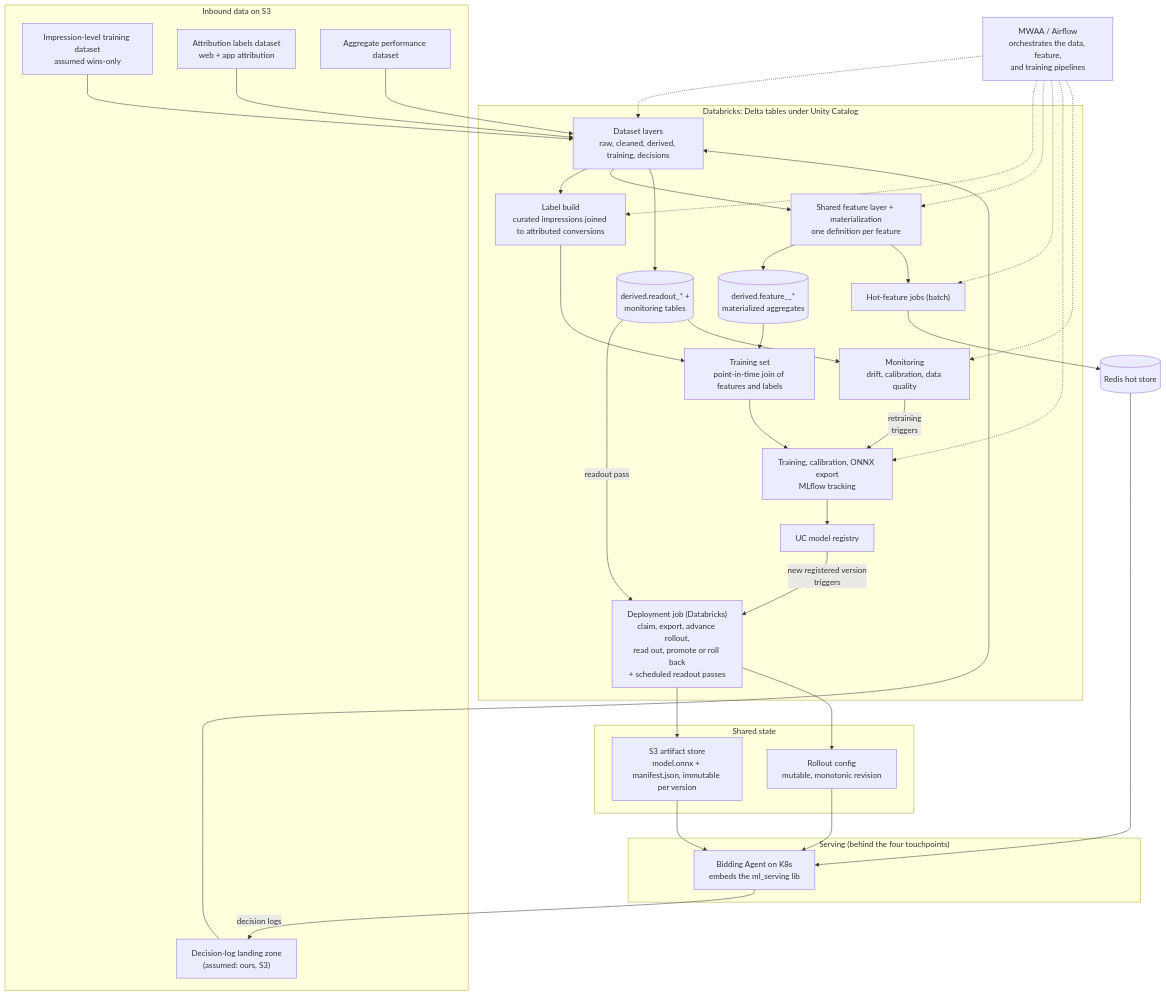
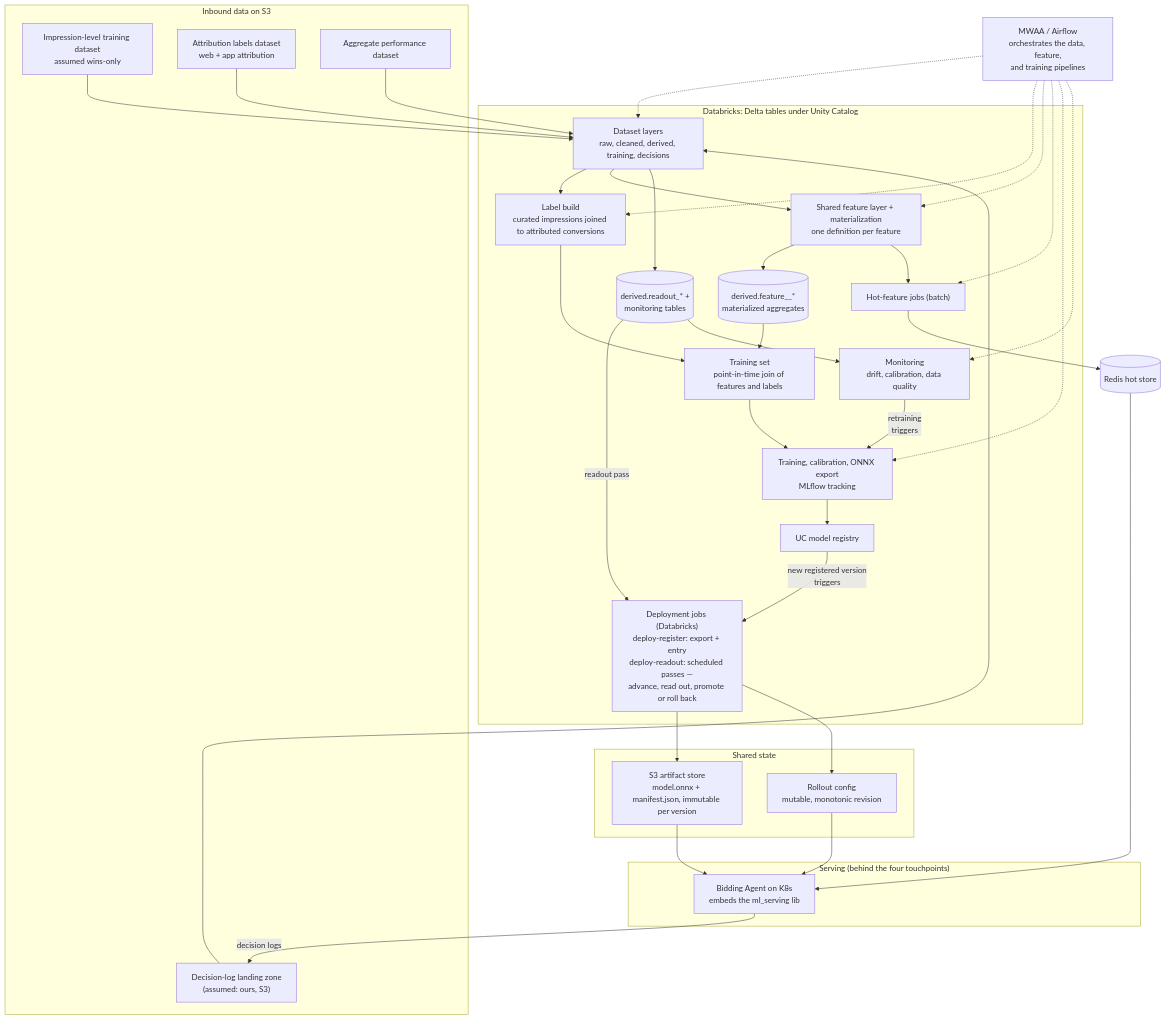
Before and after one commit to cunha-sigma/ml_offline: the diagram in design_docs/00_overview.md, drawn with Mermaid. The commit also changed other lines of this file and 11 other files, not shown here.

````diff
--- a/design_docs/00_overview.md
+++ b/design_docs/00_overview.md
@@ -36,67 +36,67 @@
 ```mermaid
 flowchart TB
   subgraph inputs["Inbound data on S3"]
     IMPR["Impression-level training dataset<br/>assumed wins-only"]
     ATTR["Attribution labels dataset<br/>web + app attribution"]
     PERF["Aggregate performance dataset"]
     DLOG["Decision-log landing zone<br/>(assumed: ours, S3)"]
   end
 
   subgraph dbx["Databricks: Delta tables under Unity Catalog"]
     RAW["Dataset layers<br/>raw, cleaned, derived, training, decisions"]
     LABEL["Label build<br/>curated impressions joined to attributed conversions"]
     FEAT["Shared feature layer + materialization<br/>one definition per feature"]
     TS["Training set<br/>point-in-time join of features and labels"]
     TRAIN["Training, calibration, ONNX export<br/>MLflow tracking"]
     REG["UC model registry"]
-    DEPLOYJOB["Deployment job (Databricks)<br/>claim, export, advance rollout,<br/>read out, promote or roll back<br/>+ scheduled readout passes"]
+    DEPLOYJOB["Deployment jobs (Databricks)<br/>deploy-register: export + entry<br/>deploy-readout: scheduled passes —<br/>advance, read out, promote or roll back"]
     HOTDAG["Hot-feature jobs (batch)"]
     FTAB[("derived.feature_<model>_*<br/>materialized aggregates")]
     ROUT[("derived.readout_* +<br/>monitoring tables")]
     MON["Monitoring<br/>drift, calibration, data quality"]
   end
 
   MWAA["MWAA / Airflow<br/>orchestrates the data, feature,<br/>and training pipelines"]
   REDIS[("Redis hot store")]
 
   subgraph shared["Shared state"]
     ART["S3 artifact store<br/>model.onnx + manifest.json, immutable per version"]
     CFG["Rollout config<br/>mutable, monotonic revision"]
   end
 
   subgraph serving["Serving (behind the four touchpoints)"]
     AGENT["Bidding Agent on K8s<br/>embeds the ml_serving lib"]
   end
 
   IMPR --> RAW
   ATTR --> RAW
   PERF --> RAW
   DLOG --> RAW
   RAW --> LABEL
   RAW --> FEAT
   LABEL --> TS
   FEAT --> FTAB
   FTAB --> TS
   TS --> TRAIN
   FEAT --> HOTDAG
   HOTDAG --> REDIS
   TRAIN --> REG
   REG -- "new registered version<br/>triggers" --> DEPLOYJOB
   RAW --> ROUT
   ROUT -- "readout pass" --> DEPLOYJOB
   ROUT --> MON
   MON -- "retraining<br/>triggers" --> TRAIN
   DEPLOYJOB --> ART
   DEPLOYJOB --> CFG
   ART --> AGENT
   CFG --> AGENT
   REDIS --> AGENT
   AGENT -- "decision logs" --> DLOG
 
   MWAA -.-> RAW
   MWAA -.-> LABEL
   MWAA -.-> FEAT
   MWAA -.-> HOTDAG
   MWAA -.-> TRAIN
   MWAA -.-> MON
 ```
````
